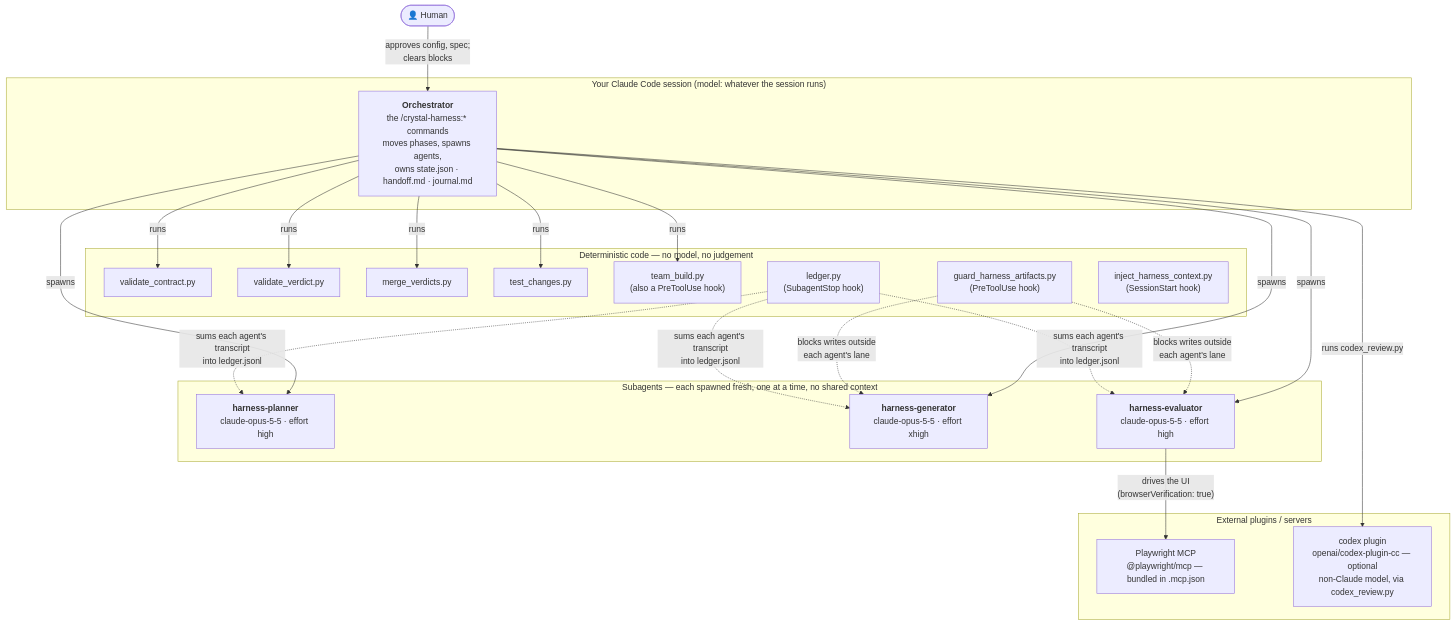
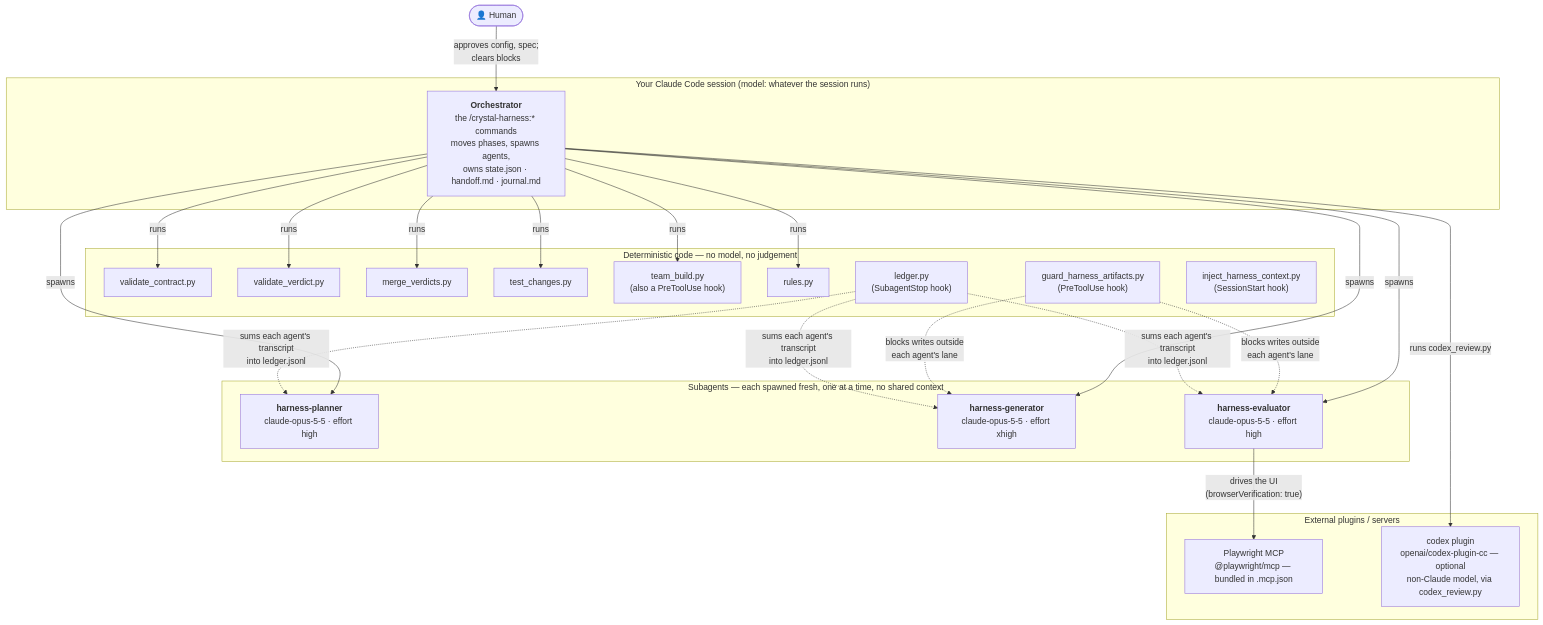
One commit to YukiTominaga/claude-harness changed the first of 3 diagrams in README.md. Above: the diagram before and after it, drawn with Mermaid. The commit also changed other lines of this file and 30 other files, not shown here.

````diff
--- a/README.md
+++ b/README.md
@@ -32,38 +32,39 @@
 ```mermaid
 flowchart TB
     human(["👤 Human"])
 
     subgraph session["Your Claude Code session (model: whatever the session runs)"]
         orch["<b>Orchestrator</b><br/>the /crystal-harness:* commands<br/>moves phases, spawns agents,<br/>owns state.json · handoff.md · journal.md"]
     end
 
     subgraph agents["Subagents — each spawned fresh, one at a time, no shared context"]
         planner["<b>harness-planner</b><br/>claude-opus-5-5 · effort high"]
         gen["<b>harness-generator</b><br/>claude-opus-5-5 · effort xhigh"]
         evalr["<b>harness-evaluator</b><br/>claude-opus-5-5 · effort high"]
     end
 
     subgraph det["Deterministic code — no model, no judgement"]
         vc["validate_contract.py"]
         vv["validate_verdict.py"]
         mv["merge_verdicts.py"]
         tc["test_changes.py"]
         tb["team_build.py<br/>(also a PreToolUse hook)"]
+        rl["rules.py"]
         led["ledger.py<br/>(SubagentStop hook)"]
         guard["guard_harness_artifacts.py<br/>(PreToolUse hook)"]
         inject["inject_harness_context.py<br/>(SessionStart hook)"]
     end
 
     subgraph ext["External plugins / servers"]
         pw["Playwright MCP<br/>@playwright/mcp — bundled in .mcp.json"]
         codex["codex plugin<br/>openai/codex-plugin-cc — optional<br/>non-Claude model, via codex_review.py"]
     end
 
     human -- "approves config, spec;<br/>clears blocks" --> orch
     orch -- spawns --> planner & gen & evalr
-    orch -- runs --> vc & vv & mv & tc & tb
+    orch -- runs --> vc & vv & mv & tc & tb & rl
     orch -- "runs codex_review.py" --> codex
     evalr -- "drives the UI<br/>(browserVerification: true)" --> pw
     guard -. "blocks writes outside<br/>each agent's lane" .-> gen & evalr
     led -. "sums each agent's transcript<br/>into ledger.jsonl" .-> planner & gen & evalr
 ```
````
